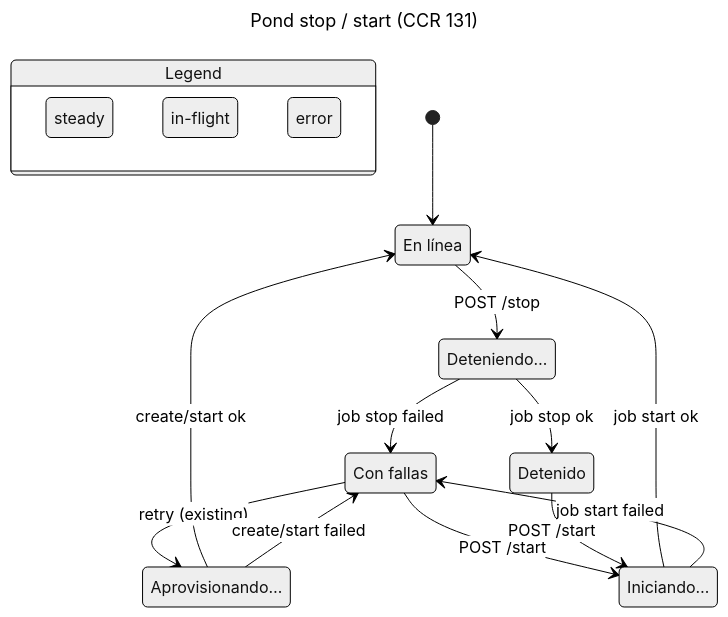
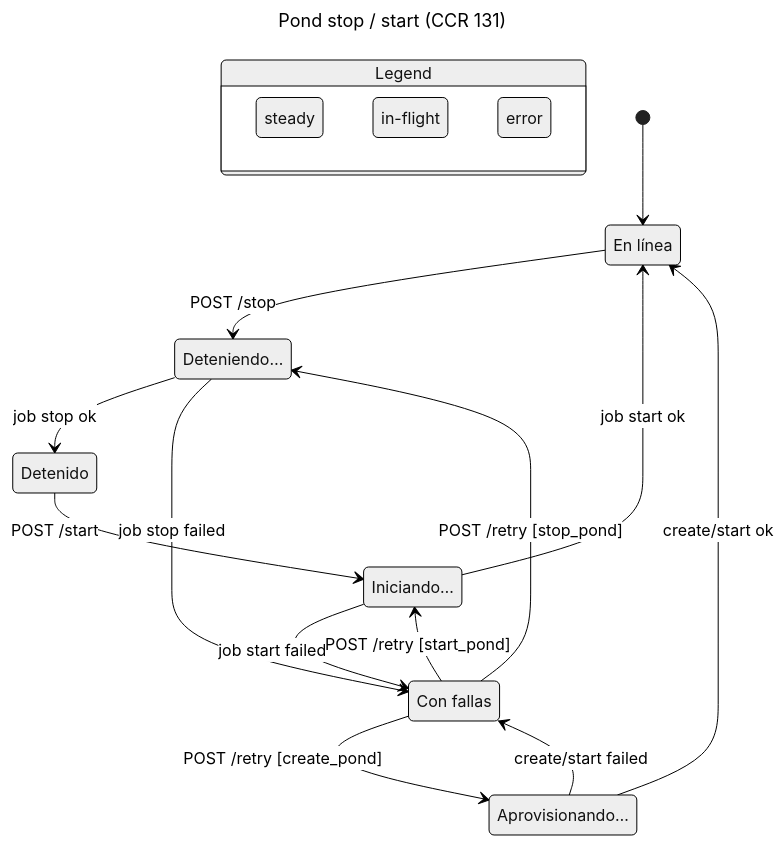
One commit to carloshugoeg/koicloud changed the diagram in docs/architecture/statecharts/pond-stop-start/chart.mmd. Above: the diagram before and after it, drawn with Mermaid (neutral theme). The commit also changed 11 other files, not shown here.

First line of the commit message:
docs(ponds): fix CCR 131 chart retry by failed job type

```diff
--- a/docs/architecture/statecharts/pond-stop-start/chart.mmd
+++ b/docs/architecture/statecharts/pond-stop-start/chart.mmd
@@ -1,35 +1,36 @@
 ---
 title: "Pond stop / start (CCR 131)"
 ---
 stateDiagram-v2
   state "Legend" as legend {
     lg0: steady
     lg1: in-flight
     lg2: error
   }
   class lg0 teal
   class lg1 orange
   class lg2 pink
   s0: En línea
-  s1: Deteniendo#8230;
-  s2: Con fallas
-  s3: Detenido
-  s4: Aprovisionando#8230;
+  s1: Aprovisionando#8230;
+  s2: Deteniendo#8230;
+  s3: Con fallas
+  s4: Detenido
   s5: Iniciando#8230;
   [*] --> s0
-  s0 --> s1: POST /stop
-  s1 --> s2: job stop failed
-  s1 --> s3: job stop ok
-  s2 --> s4: retry (existing)
-  s2 --> s5: POST /start
-  s3 --> s5: POST /start
-  s4 --> s0: create/start ok
-  s4 --> s2: create/start failed
+  s0 --> s2: POST /stop
+  s1 --> s0: create/start ok
+  s1 --> s3: create/start failed
+  s2 --> s4: job stop ok
+  s2 --> s3: job stop failed
+  s3 --> s1: POST /retry [create_pond]
+  s4 --> s5: POST /start
+  s3 --> s2: POST /retry [stop_pond]
   s5 --> s0: job start ok
-  s5 --> s2: job start failed
+  s5 --> s3: job start failed
+  s3 --> s5: POST /retry [start_pond]
   class s0 teal
   class s1 orange
-  class s2 pink
-  class s3 teal
-  class s4 orange
+  class s2 orange
+  class s3 pink
+  class s4 teal
   class s5 orange
```
